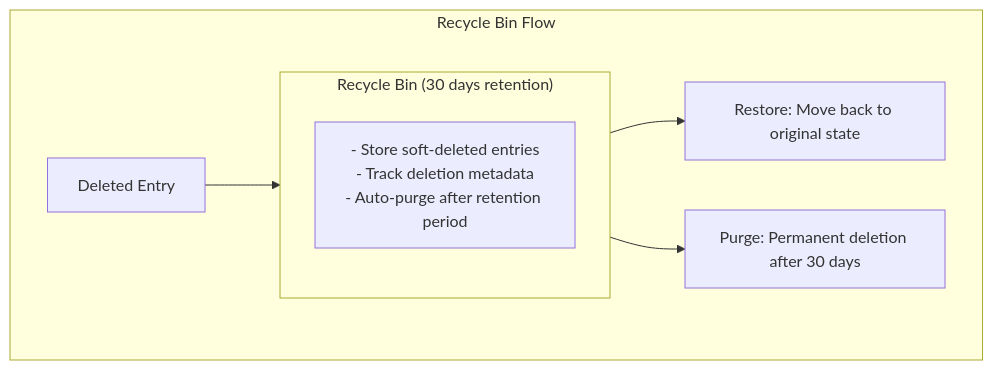
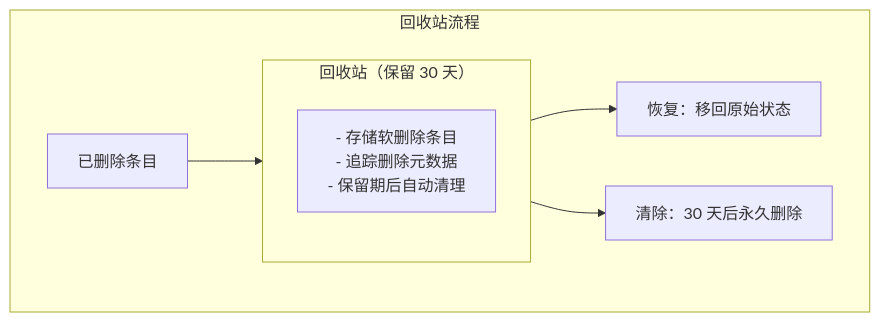
The third of 4 diagrams in docs/architecture/components/DELETION.md (pofossette/TrapMap-for-vibing), drawn with Mermaid before and after one commit. The commit also changed other lines of this file and 11 other files, not shown here.

First line of the commit message:
docs: 转换 ASCII 框图为 Mermaid flowchart tb + subgraph，翻译已有 Mermaid 图表为简体中文

````diff
--- a/docs/architecture/components/DELETION.md
+++ b/docs/architecture/components/DELETION.md
@@ -168,17 +168,17 @@
 ```mermaid
 flowchart TB
-    subgraph RecycleBin["Recycle Bin Flow"]
-        A["Deleted Entry"]
+    subgraph RecycleBin["回收站流程"]
+        A["已删除条目"]
         
-        subgraph Storage["Recycle Bin (30 days retention)"]
-            B["- Store soft-deleted entries\n- Track deletion metadata\n- Auto-purge after retention period"]
+        subgraph Storage["回收站（保留 30 天）"]
+            B["- 存储软删除条目\n- 追踪删除元数据\n- 保留期后自动清理"]
         end
 
-        C["Restore: Move back to original state"]
-        D["Purge: Permanent deletion after 30 days"]
+        C["恢复：移回原始状态"]
+        D["清除：30 天后永久删除"]
 
         A --> Storage
         Storage --> C
         Storage --> D
     end
 ```
````
